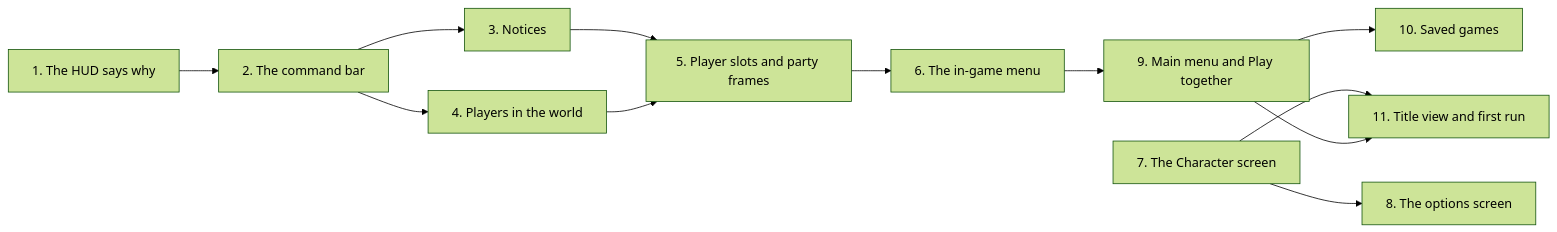
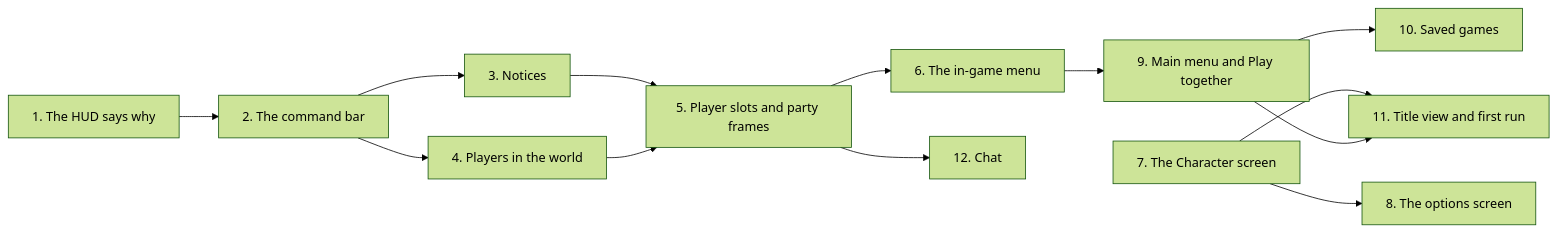
One commit to LuckyLph/Top-Down-RPG changed the diagram in Docs/UiRevamp.md. Above: the diagram before and after it, drawn with Mermaid (forest theme). The commit also changed other lines of this file and 43 other files, not shown here.

````diff
--- a/Docs/UiRevamp.md
+++ b/Docs/UiRevamp.md
@@ -307,14 +340,15 @@
 ```mermaid
 flowchart LR
     P1[1. The HUD says why] --> P2[2. The command bar]
     P2 --> P3[3. Notices]
     P2 --> P4[4. Players in the world]
     P3 --> P5[5. Player slots and party frames]
     P4 --> P5
     P5 --> P6[6. The in-game menu]
     P7[7. The Character screen] --> P8[8. The options screen]
     P6 --> P9[9. Main menu and Play together]
     P9 --> P10[10. Saved games]
     P7 --> P11[11. Title view and first run]
     P9 --> P11
+    P5 --> P12[12. Chat]
 ```
````
